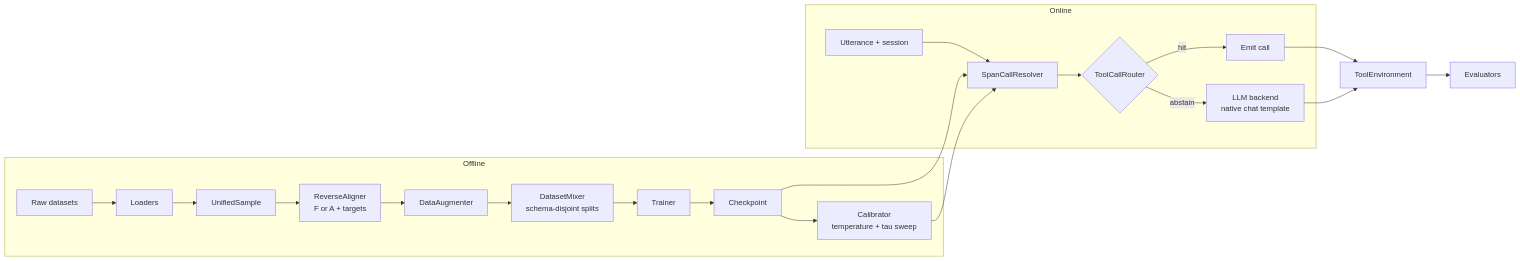
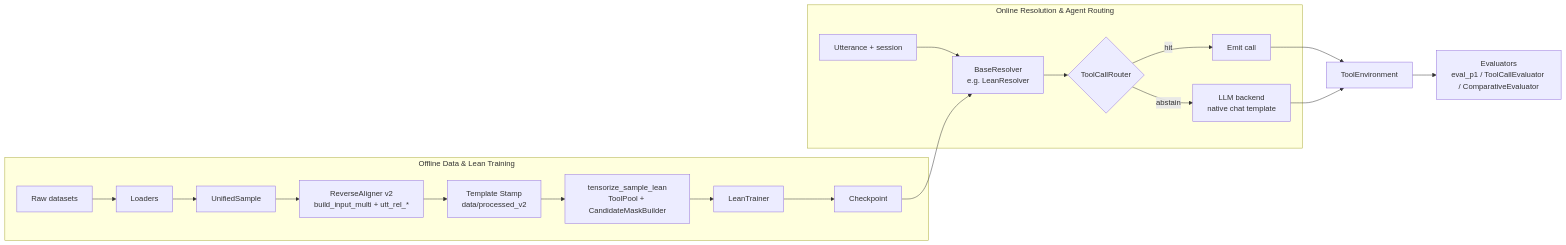
Before and after one commit to eleluong/spancall: the diagram in docs/architecture.md, drawn with Mermaid. The commit also changed other lines of this file and 116 other files, not shown here.

````diff
--- a/docs/architecture.md
+++ b/docs/architecture.md
@@ -73,24 +81,22 @@
 ```mermaid
 flowchart LR
-  subgraph Offline
+  subgraph Offline["Offline Data & Lean Training"]
     R[Raw datasets] --> L[Loaders]
     L --> U[UnifiedSample]
-    U --> AL[ReverseAligner<br/>F or A + targets]
-    AL --> AU[DataAugmenter]
-    AU --> MX[DatasetMixer<br/>schema-disjoint splits]
-    MX --> TR[Trainer]
+    U --> AL[ReverseAligner v2<br/>build_input_multi + utt_rel_*]
+    AL --> ST[Template Stamp<br/>data/processed_v2]
+    ST --> TZ[tensorize_sample_lean<br/>ToolPool + CandidateMaskBuilder]
+    TZ --> TR[LeanTrainer]
     TR --> CK[Checkpoint]
-    CK --> CA[Calibrator<br/>temperature + tau sweep]
   end
-  subgraph Online
-    Q[Utterance + session] --> RS[SpanCallResolver]
+  subgraph Online["Online Resolution & Agent Routing"]
+    Q[Utterance + session] --> RS[BaseResolver<br/>e.g. LeanResolver]
     CK --> RS
-    CA --> RS
     RS --> RT{ToolCallRouter}
     RT -- hit --> EM[Emit call]
     RT -- abstain --> LLM[LLM backend<br/>native chat template]
   end
   EM --> ENV[ToolEnvironment]
   LLM --> ENV
-  ENV --> EV[Evaluators]
+  ENV --> EV[Evaluators<br/>eval_p1 / ToolCallEvaluator / ComparativeEvaluator]
 ```
````
